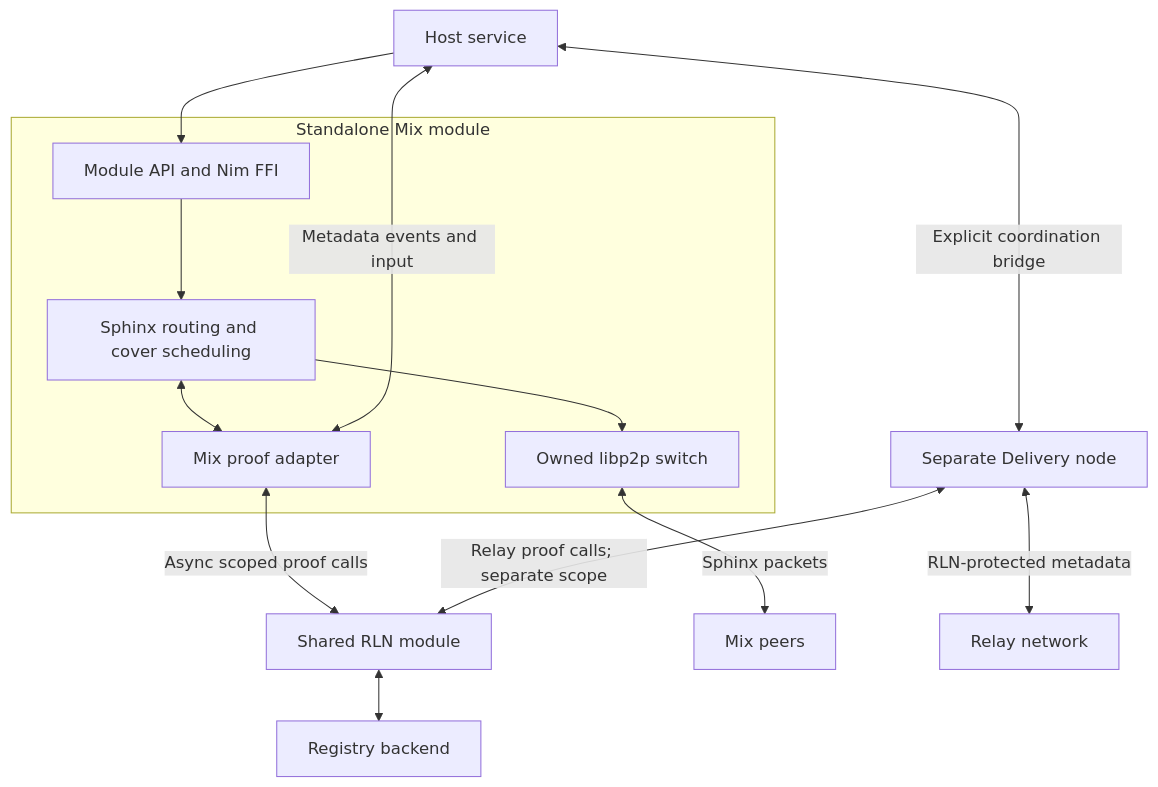
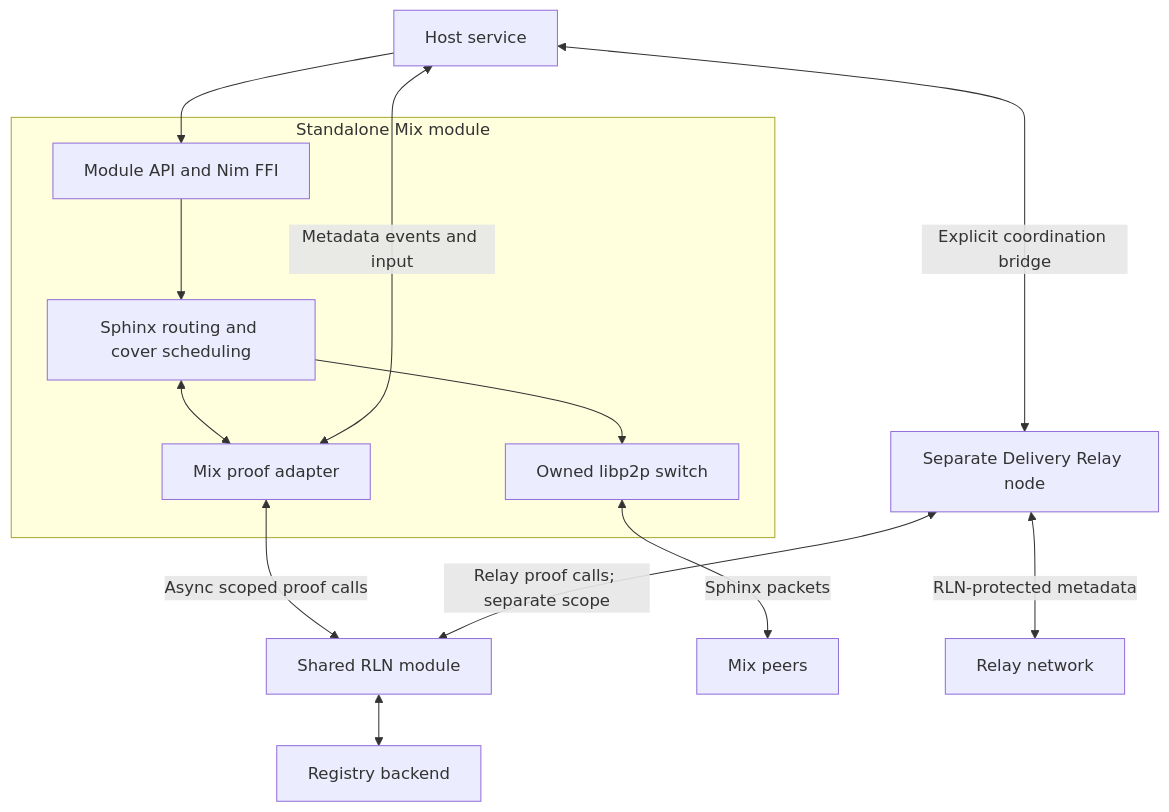
Before and after one commit to logos-co/logos-libp2p-mix-rln: the first of 3 diagrams in README.md, drawn with Mermaid. The commit also changed other lines of this file and 3 other files, not shown here.

Commit message:
test(mix): use Relay coordination on intermediate hosts

````diff
--- a/README.md
+++ b/README.md
@@ -27,21 +27,21 @@
 ```mermaid
 flowchart TB
     Host[Host service]
     subgraph Standalone[Standalone Mix module]
         API[Module API and Nim FFI]
         Mix[Sphinx routing and cover scheduling]
         Adapter[Mix proof adapter]
         Switch[Owned libp2p switch]
         API --> Mix
         Mix <--> Adapter
         Mix --> Switch
     end
     Host --> API
     Adapter <-->|Async scoped proof calls| RLN[Shared RLN module]
     RLN <--> Registry[Registry backend]
     Switch <-->|Sphinx packets| Peers[Mix peers]
     Adapter <-->|Metadata events and input| Host
-    Host <-->|Explicit coordination bridge| Delivery[Separate Delivery node]
+    Host <-->|Explicit coordination bridge| Delivery[Separate Delivery Relay node]
     Delivery <-->|Relay proof calls; separate scope| RLN
     Delivery <-->|RLN-protected metadata| Relay[Relay network]
 ```
````
